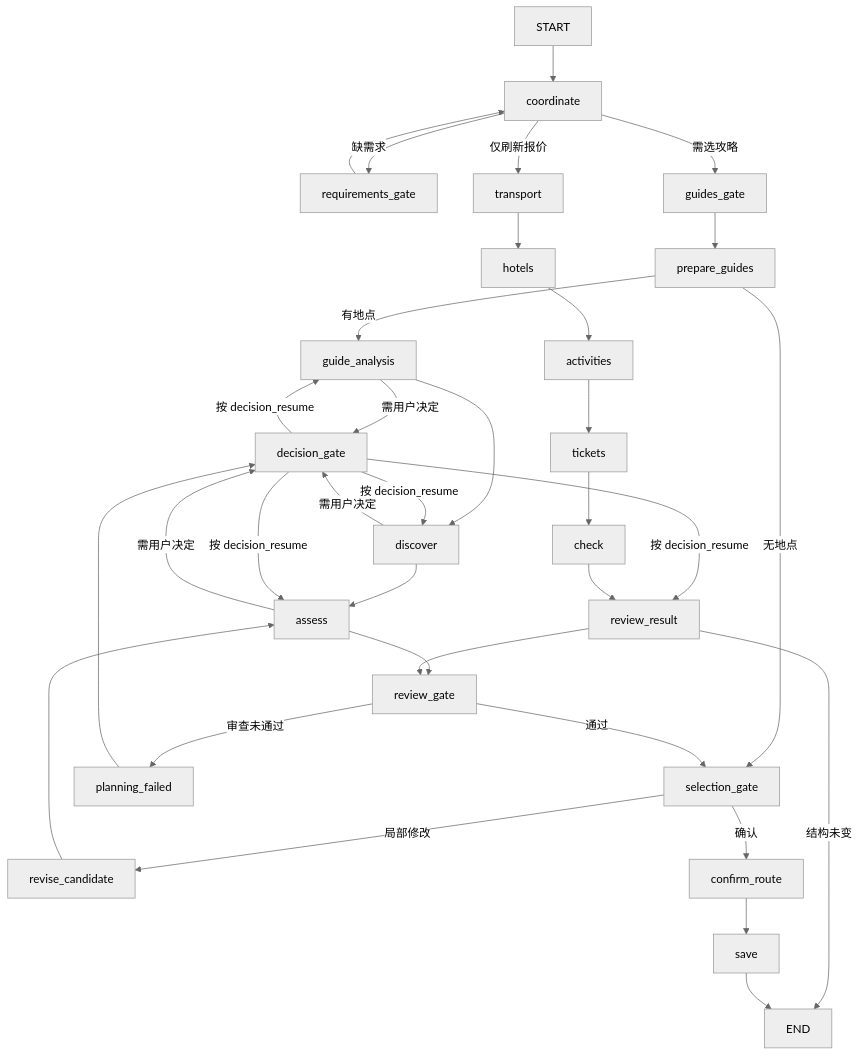
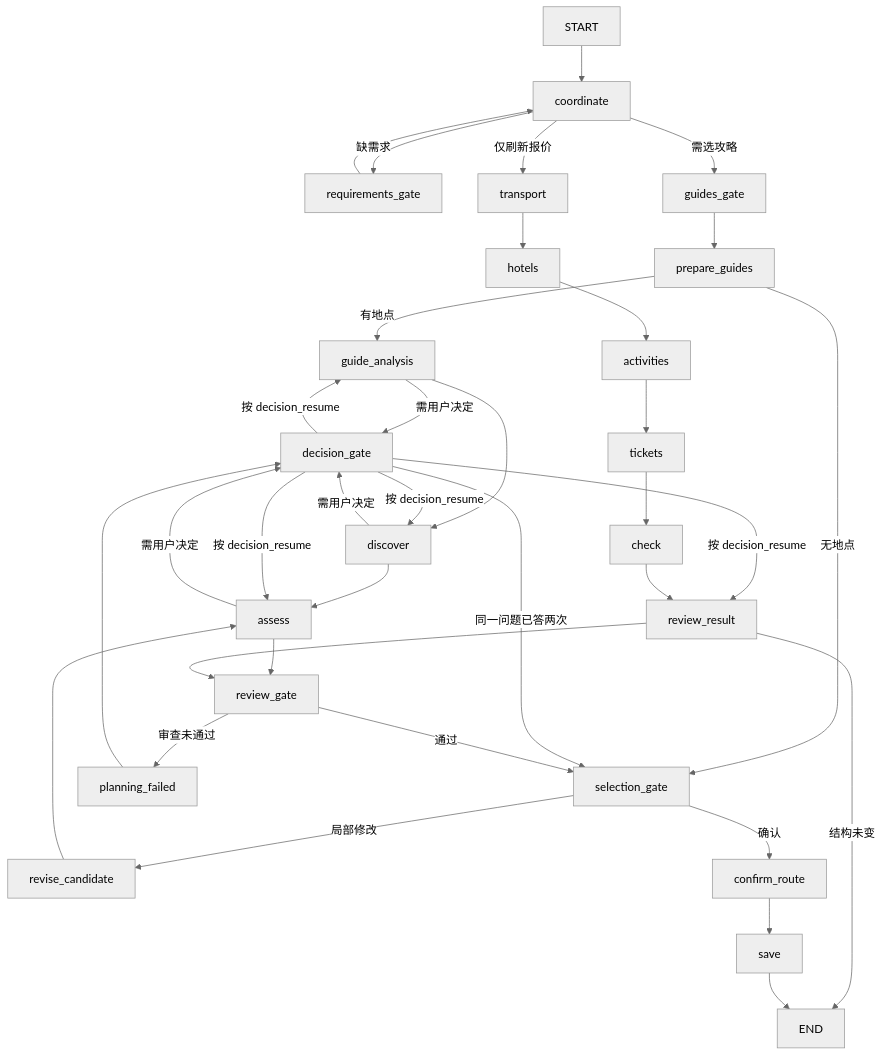
One commit to Lykon661/xunji-travel-agent changed the diagram in docs/ARCHITECTURE.md. Above: the diagram before and after it, drawn with Mermaid (neutral theme). The commit also changed other lines of this file and 5 other files, not shown here.

````diff
--- a/docs/ARCHITECTURE.md
+++ b/docs/ARCHITECTURE.md
@@ -47,29 +47,30 @@
 ```mermaid
 flowchart TD
     START --> coordinate
     coordinate -->|缺需求| requirements_gate
     coordinate -->|需选攻略| guides_gate
     coordinate -->|仅刷新报价| transport
     requirements_gate --> coordinate
     guides_gate --> prepare_guides
     prepare_guides -->|有地点| guide_analysis
     prepare_guides -->|无地点| selection_gate
     guide_analysis -->|需用户决定| decision_gate
     guide_analysis --> discover
     discover -->|需用户决定| decision_gate
     discover --> assess
     assess -->|需用户决定| decision_gate
     assess --> review_gate
     decision_gate -->|按 decision_resume| guide_analysis & discover & assess & review_result
+    decision_gate -->|同一问题已答两次| selection_gate
     review_gate -->|审查未通过| planning_failed
     review_gate -->|通过| selection_gate
     planning_failed --> decision_gate
     selection_gate -->|局部修改| revise_candidate
     selection_gate -->|确认| confirm_route
     revise_candidate --> assess
     confirm_route --> save
     transport --> hotels --> activities --> tickets --> check --> review_result
     review_result -->|结构未变| END
     review_result --> review_gate
     save --> END
 ```
````
